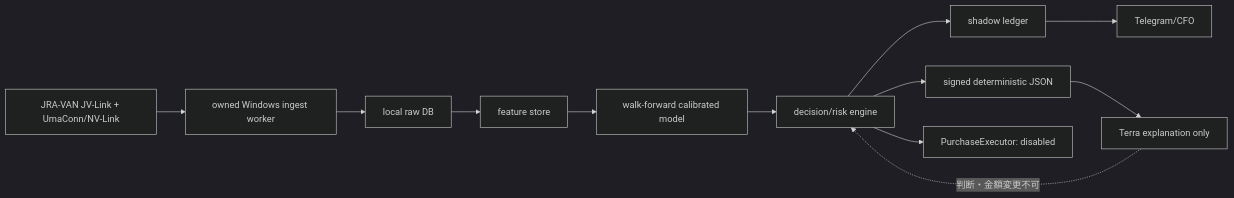
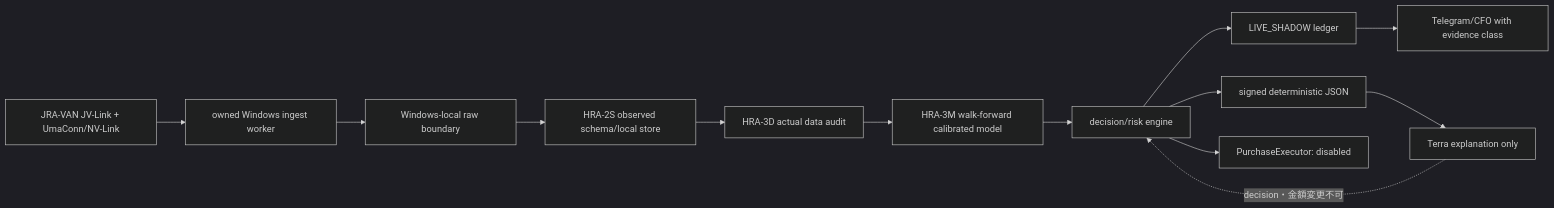
The second of 3 diagrams in docs/superpowers/specs/2026-08-09-life-manager-horse-racing-agent-design.md (Daisuke134/anicca), drawn with Mermaid (dark theme) before and after one commit. The commit also changed other lines of this file and 1 other file, not shown here.

Commit message:
docs(horse-racing): require real-data reality gate

````diff
--- a/docs/superpowers/specs/2026-08-09-life-manager-horse-racing-agent-design.md
+++ b/docs/superpowers/specs/2026-08-09-life-manager-horse-racing-agent-design.md
@@ -37,14 +88,15 @@
 ```mermaid
 flowchart LR
   A[JRA-VAN JV-Link + UmaConn/NV-Link] --> B[owned Windows ingest worker]
-  B --> C[local raw DB]
-  C --> D[feature store]
-  D --> E[walk-forward calibrated model]
-  E --> F[decision/risk engine]
-  F --> G[shadow ledger]
-  G --> H[Telegram/CFO]
-  F --> I[signed deterministic JSON]
-  I --> J[Terra explanation only]
-  J -.判断・金額変更不可.-> F
-  F --> K[PurchaseExecutor: disabled]
+  B --> C[Windows-local raw boundary]
+  C --> D[HRA-2S observed schema/local store]
+  D --> E[HRA-3D actual data audit]
+  E --> F[HRA-3M walk-forward calibrated model]
+  F --> G[decision/risk engine]
+  G --> H[LIVE_SHADOW ledger]
+  H --> I[Telegram/CFO with evidence class]
+  G --> J[signed deterministic JSON]
+  J --> K[Terra explanation only]
+  K -. decision・金額変更不可 .-> G
+  G --> L[PurchaseExecutor: disabled]
 ```
````
